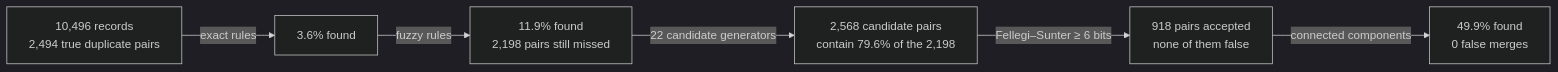
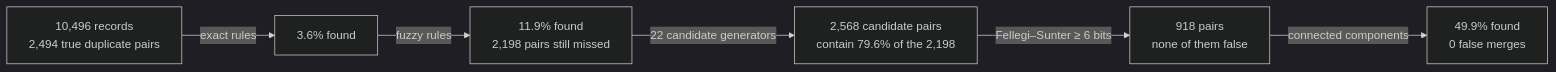
The diagram in docs/guide/01-entity-resolution-and-our-task.md (mvsbm/entity_matching), drawn with Mermaid (dark theme) before and after one commit. The commit also changed other lines of this file and 57 other files, not shown here.

````diff
--- a/docs/guide/01-entity-resolution-and-our-task.md
+++ b/docs/guide/01-entity-resolution-and-our-task.md
@@ -111,8 +111,8 @@
 ```mermaid
 flowchart LR
   A["10,496 records<br/>2,494 true duplicate pairs"] -->|"exact rules"| B["3.6% found"]
   B -->|"fuzzy rules"| C["11.9% found<br/>2,198 pairs still missed"]
   C -->|"22 candidate generators"| D["2,568 candidate pairs<br/>contain 79.6% of the 2,198"]
-  D -->|"Fellegi–Sunter ≥ 6 bits"| E["918 pairs accepted<br/>none of them false"]
+  D -->|"Fellegi–Sunter ≥ 6 bits"| E["918 pairs<br/>none of them false"]
   E -->|"connected components"| F["49.9% found<br/>0 false merges"]
 ```
````
